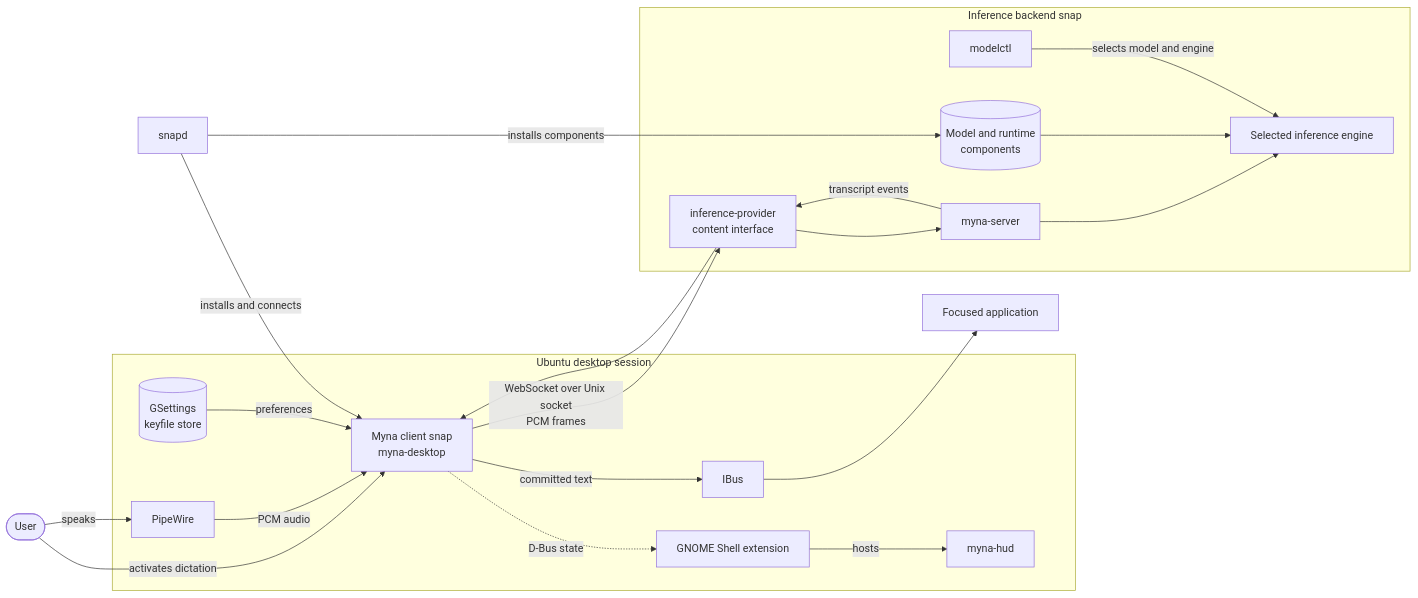
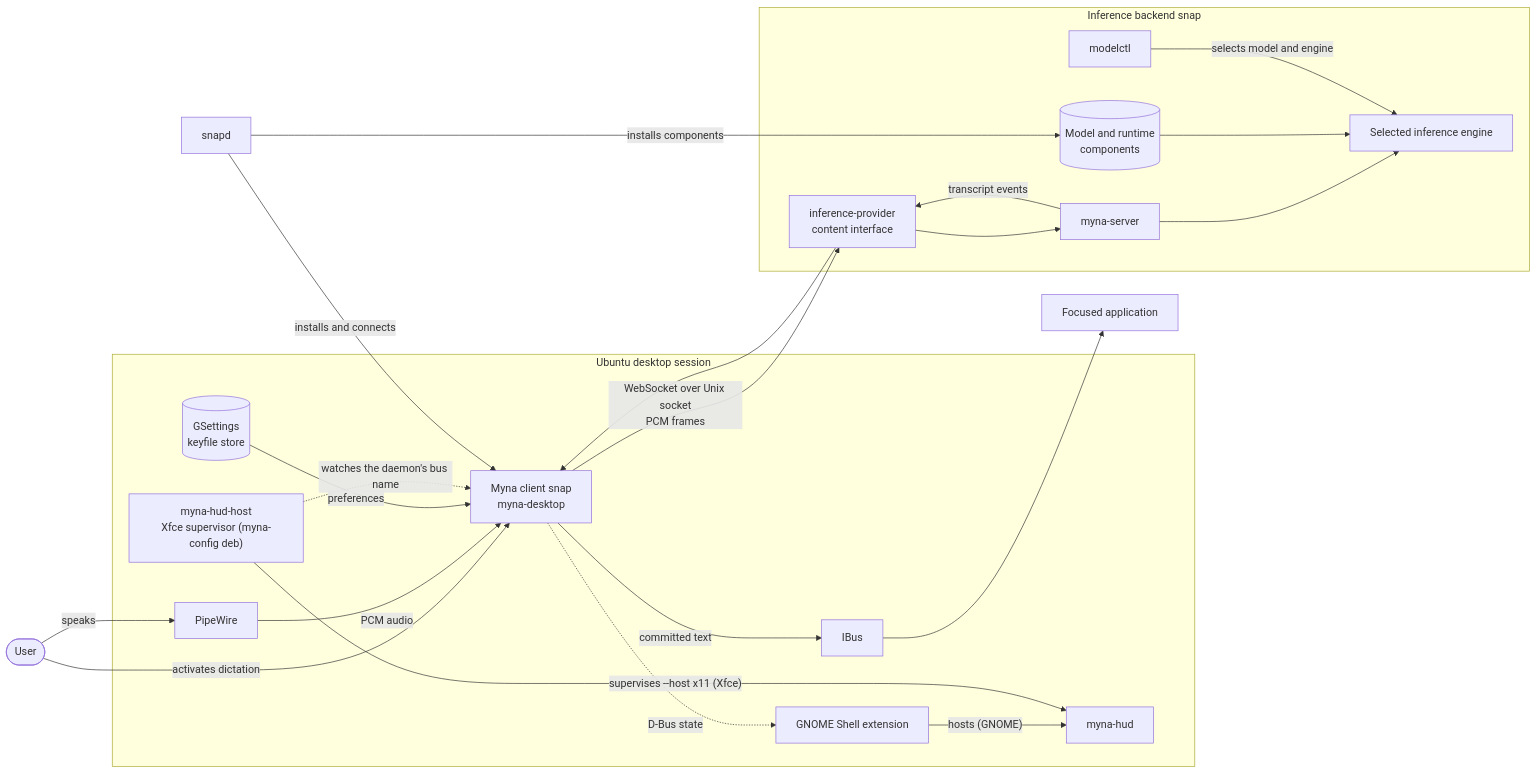
One commit to canonical/myna changed the diagram in .kb/system-architecture.md. Above: the diagram before and after it, drawn with Mermaid. The commit also changed other lines of this file and 1 other file, not shown here.

Commit message:
docs(arch): the Xfce HUD host beside the GNOME extension
The system and crate diagrams showed only the Shell extension hosting the HUD.

````diff
--- a/.kb/system-architecture.md
+++ b/.kb/system-architecture.md
@@ -9,44 +9,47 @@
 ```mermaid
 flowchart LR
     user([User])
     app["Focused application"]
     snapd["snapd"]
 
     subgraph desktop["Ubuntu desktop session"]
         pipewire["PipeWire"]
         client["Myna client snap<br/>myna-desktop"]
         settings[("GSettings<br/>keyfile store")]
         ibus["IBus"]
         shell["GNOME Shell extension"]
         hud["myna-hud"]
+        hudhost["myna-hud-host<br/>Xfce supervisor (myna-config deb)"]
     end
 
     subgraph inference["Inference backend snap"]
         socket["inference-provider<br/>content interface"]
         server["myna-server"]
         engine["Selected inference engine"]
         artifacts[("Model and runtime<br/>components")]
         modelctl["modelctl"]
     end
 
     user -->|"speaks"| pipewire
     user -->|"activates dictation"| client
     pipewire -->|"PCM audio"| client
     settings -->|"preferences"| client
 
     client -->|"WebSocket over Unix socket<br/>PCM frames"| socket
     socket --> server
     server --> engine
     artifacts --> engine
     server -->|"transcript events"| socket
     socket --> client
 
     client -->|"committed text"| ibus
     ibus --> app
     client -.->|"D-Bus state"| shell
-    shell -->|"hosts"| hud
+    shell -->|"hosts (GNOME)"| hud
+    hudhost -->|"supervises --host x11 (Xfce)"| hud
+    hudhost -.->|"watches the daemon's bus name"| client
 
     snapd -->|"installs and connects"| client
     snapd -->|"installs components"| artifacts
     modelctl -->|"selects model and engine"| engine
 ```
````
